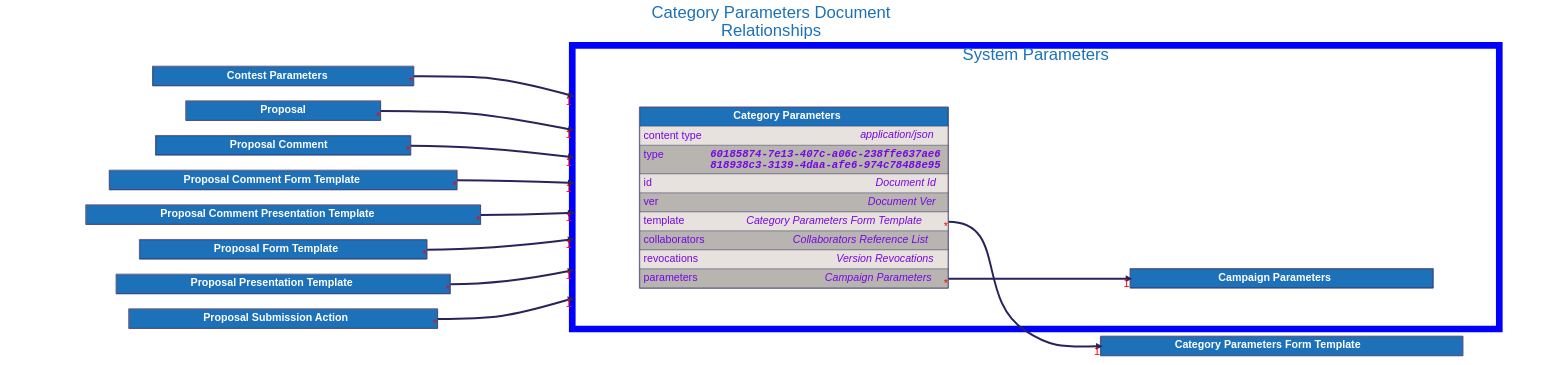
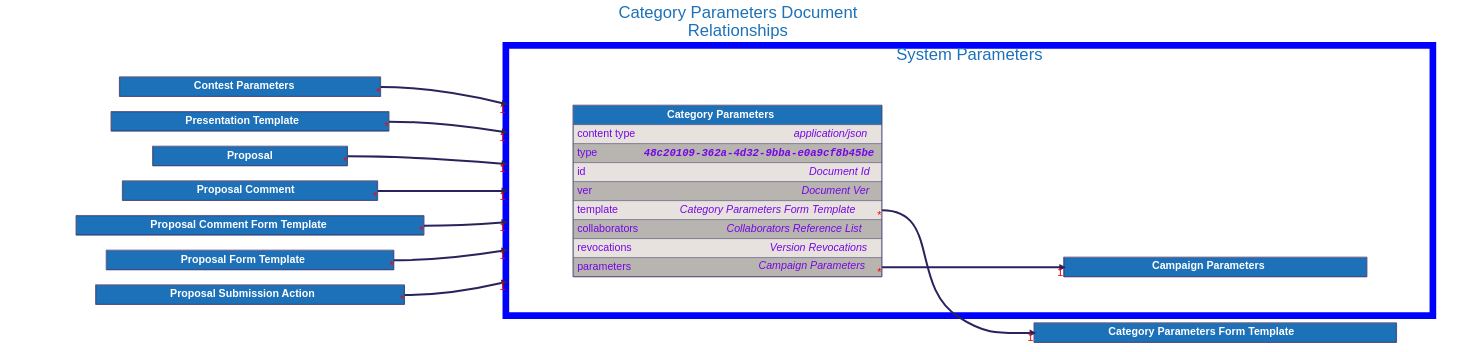
The diagram in docs/src/architecture/08_concepts/signed_doc/diagrams/category_parameters.dot (input-output-hk/catalyst-libs), drawn with Graphviz before and after one commit. The commit also changed 456 other files, not shown here.

```diff
--- a/docs/src/architecture/08_concepts/signed_doc/diagrams/category_parameters.dot
+++ b/docs/src/architecture/08_concepts/signed_doc/diagrams/category_parameters.dot
@@ -35,6 +35,21 @@
             <TR>
                 <TD PORT="title" BGCOLOR="#1d71b8" HREF="../contest_parameters/">
                     <FONT COLOR="#ffffff"><B> Contest Parameters </B></FONT>
+                </TD>
+            </TR>
+
+            </TABLE>
+        >
+    ];
+
+
+    "Presentation Template" [
+        id="Presentation Template";
+        label=<
+            <TABLE BORDER="2" COLOR="#29235c" CELLBORDER="1" CELLSPACING="0" CELLPADDING="10">
+            <TR>
+                <TD PORT="title" BGCOLOR="#1d71b8" HREF="../presentation_template/">
+                    <FONT COLOR="#ffffff"><B> Presentation Template </B></FONT>
                 </TD>
             </TR>
 
@@ -88,21 +103,6 @@
     ];
 
 
-    "Proposal Comment Presentation Template" [
-        id="Proposal Comment Presentation Template";
-        label=<
-            <TABLE BORDER="2" COLOR="#29235c" CELLBORDER="1" CELLSPACING="0" CELLPADDING="10">
-            <TR>
-                <TD PORT="title" BGCOLOR="#1d71b8" HREF="../proposal_comment_presentation_template/">
-                    <FONT COLOR="#ffffff"><B> Proposal Comment Presentation Template </B></FONT>
-                </TD>
-            </TR>
-
-            </TABLE>
-        >
-    ];
-
-
     "Proposal Form Template" [
         id="Proposal Form Template";
         label=<
@@ -110,21 +110,6 @@
             <TR>
                 <TD PORT="title" BGCOLOR="#1d71b8" HREF="../proposal_form_template/">
                     <FONT COLOR="#ffffff"><B> Proposal Form Template </B></FONT>
-                </TD>
-            </TR>
-
-            </TABLE>
-        >
-    ];
-
-
-    "Proposal Presentation Template" [
-        id="Proposal Presentation Template";
-        label=<
-            <TABLE BORDER="2" COLOR="#29235c" CELLBORDER="1" CELLSPACING="0" CELLPADDING="10">
-            <TR>
-                <TD PORT="title" BGCOLOR="#1d71b8" HREF="../proposal_presentation_template/">
-                    <FONT COLOR="#ffffff"><B> Proposal Presentation Template </B></FONT>
                 </TD>
             </TR>
 
@@ -192,7 +177,7 @@
                         <TABLE CELLPADDING="0" CELLSPACING="0" BORDER="0">
                             <TR>
                                 <TD ALIGN="LEFT" VALIGN="TOP" WIDTH="200"><FONT COLOR="#7706E5">type</FONT></TD>
-                                <TD ALIGN="RIGHT"><FONT FACE="Courier" COLOR="#7706E5"><B><I>60185874-7e13-407c-a06c-238ffe637ae6<BR />818938c3-3139-4daa-afe6-974c78488e95</I></B></FONT></TD>
+                                <TD ALIGN="RIGHT"><FONT FACE="Courier" COLOR="#7706E5"><B><I>48c20109-362a-4d32-9bba-e0a9cf8b45be</I></B></FONT></TD>
                             </TR>
                         </TABLE>
                     </TD>
@@ -267,11 +252,10 @@
     "Category Parameters":"template":e -> "Category Parameters Form Template":"title":w [dir=forward, penwidth=6, color="#29235c", headlabel="1", taillabel="*"]
     "Category Parameters":"parameters":e -> "Campaign Parameters":"title":w [dir=forward, penwidth=6, color="#29235c", headlabel="1", taillabel="*"]
     "Contest Parameters":"title":e -> "Category Parameters" [dir=forward, penwidth=6, color="#29235c", headlabel="1", taillabel="*", lhead="cluster_system_parameters"]
+    "Presentation Template":"title":e -> "Category Parameters" [dir=forward, penwidth=6, color="#29235c", headlabel="1", taillabel="*", lhead="cluster_system_parameters"]
     "Proposal":"title":e -> "Category Parameters" [dir=forward, penwidth=6, color="#29235c", headlabel="1", taillabel="*", lhead="cluster_system_parameters"]
     "Proposal Comment":"title":e -> "Category Parameters" [dir=forward, penwidth=6, color="#29235c", headlabel="1", taillabel="*", lhead="cluster_system_parameters"]
     "Proposal Comment Form Template":"title":e -> "Category Parameters" [dir=forward, penwidth=6, color="#29235c", headlabel="1", taillabel="*", lhead="cluster_system_parameters"]
-    "Proposal Comment Presentation Template":"title":e -> "Category Parameters" [dir=forward, penwidth=6, color="#29235c", headlabel="1", taillabel="*", lhead="cluster_system_parameters"]
     "Proposal Form Template":"title":e -> "Category Parameters" [dir=forward, penwidth=6, color="#29235c", headlabel="1", taillabel="*", lhead="cluster_system_parameters"]
-    "Proposal Presentation Template":"title":e -> "Category Parameters" [dir=forward, penwidth=6, color="#29235c", headlabel="1", taillabel="*", lhead="cluster_system_parameters"]
     "Proposal Submission Action":"title":e -> "Category Parameters" [dir=forward, penwidth=6, color="#29235c", headlabel="1", taillabel="*", lhead="cluster_system_parameters"]
 }
```
